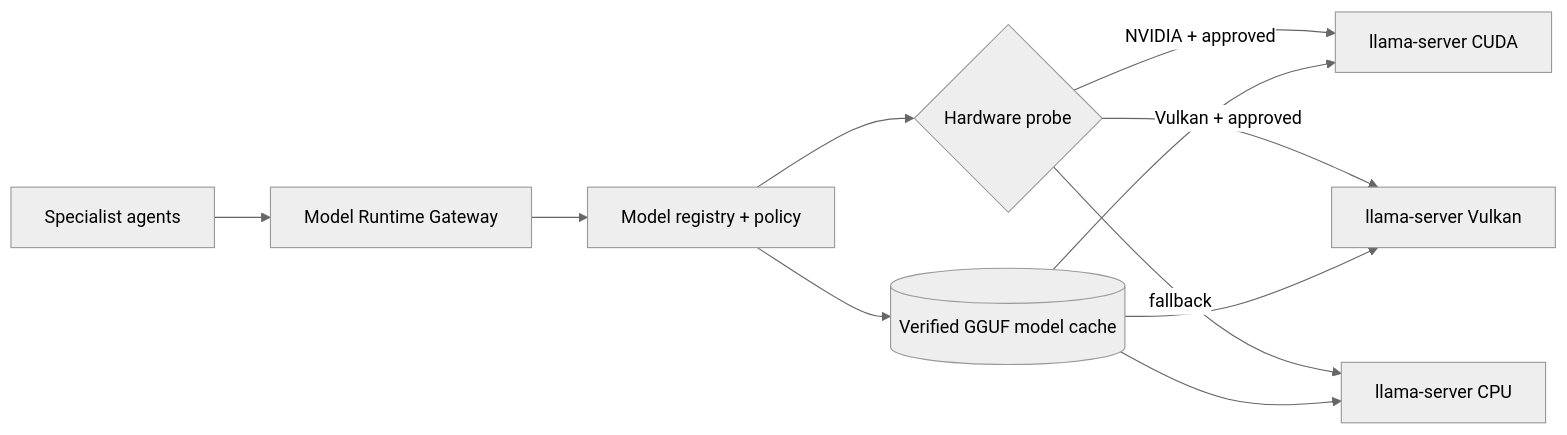
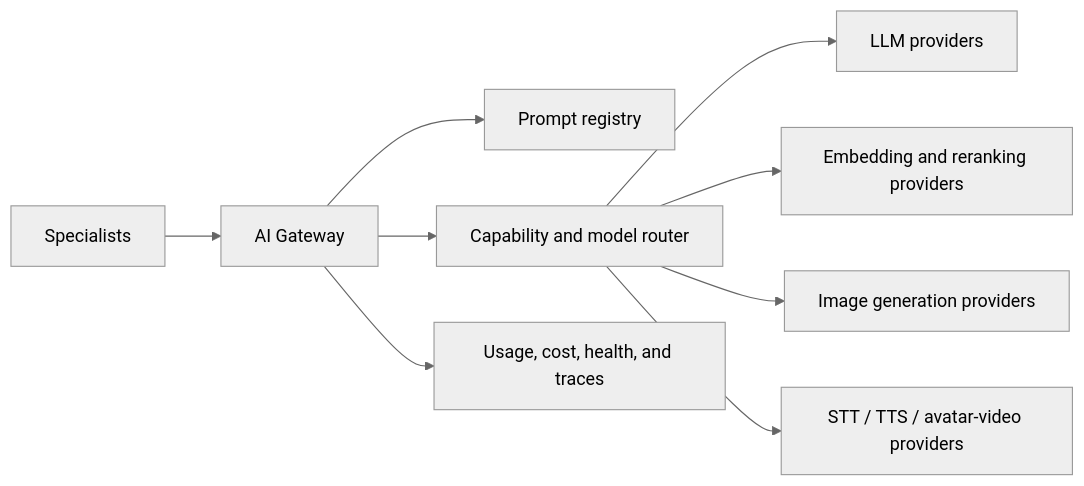
One commit to shreemaanikam/AI_Teacher changed the second of 4 diagrams in docs/technical/architecture.md. Above: the diagram before and after it, drawn with Mermaid (neutral theme). The commit also changed other lines of this file and 13 other files, not shown here.

````diff
--- a/docs/technical/architecture.md
+++ b/docs/technical/architecture.md
@@ -63,13 +72,11 @@
 ```mermaid
 flowchart LR
-  A[Specialist agents] --> G[Model Runtime Gateway]
-  G --> R[Model registry + policy]
-  R --> H{Hardware probe}
-  H -->|NVIDIA + approved| C[llama-server CUDA]
-  H -->|Vulkan + approved| V[llama-server Vulkan]
-  H -->|fallback| P[llama-server CPU]
-  R --> MR[(Verified GGUF model cache)]
-  MR --> C
-  MR --> V
-  MR --> P
+  S[Specialists] --> G[AI Gateway]
+  G --> P[Prompt registry]
+  G --> R[Capability and model router]
+  R --> L[LLM providers]
+  R --> E[Embedding and reranking providers]
+  R --> I[Image generation providers]
+  R --> V[STT / TTS / avatar-video providers]
+  G --> O[Usage, cost, health, and traces]
 ```
````
